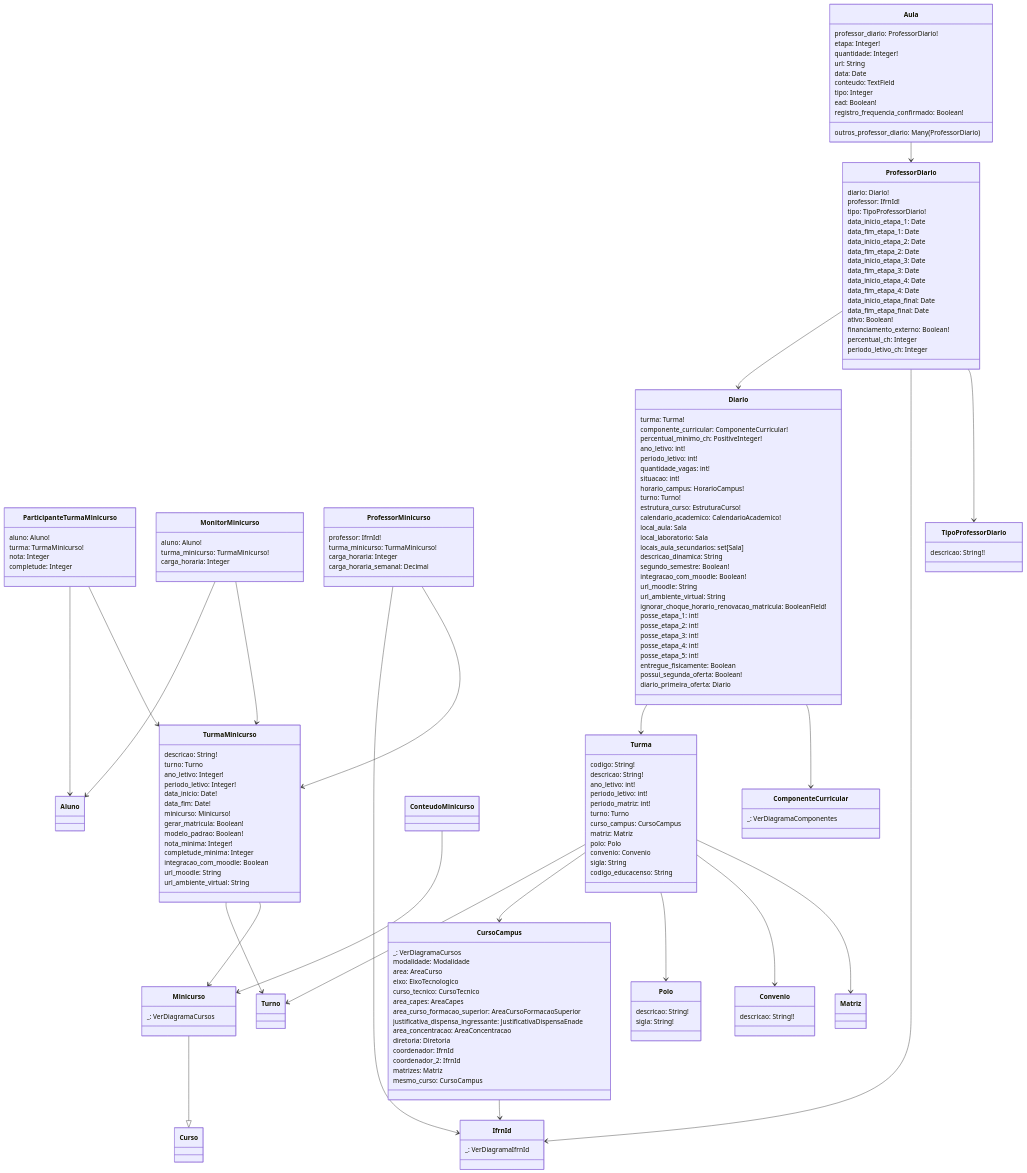
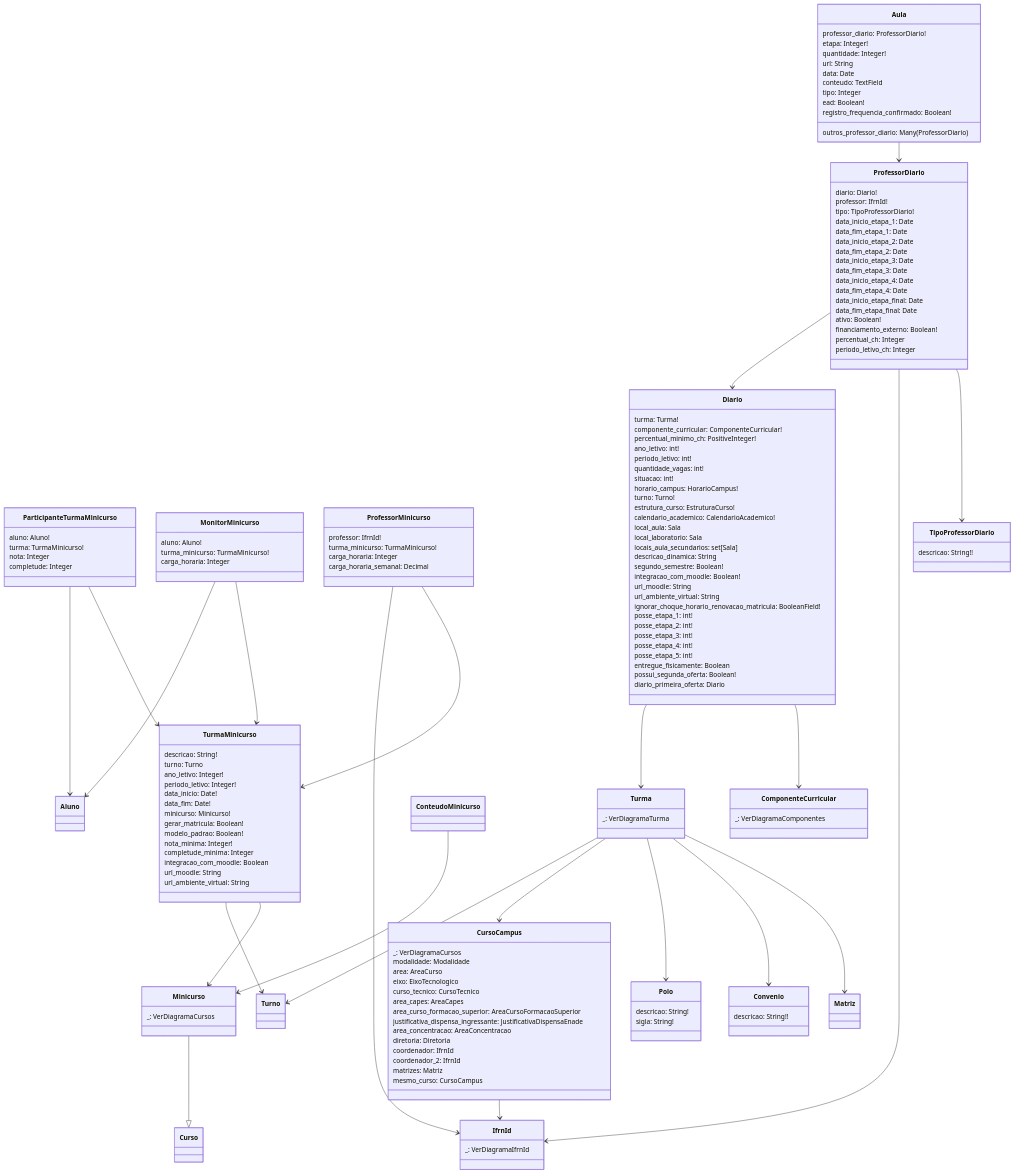
One commit to cte-zl-ifrn/cte-zl-ifrn.github.io changed the diagram in suap/edu/diarios.md. Above: the diagram before and after it, drawn with Mermaid.

Commit message:
ajustes no diagrama de diários

```diff
--- a/suap/edu/diarios.md
+++ b/suap/edu/diarios.md
@@ -30,18 +30,7 @@
         _: VerDiagramaIfrnId
     }
     class Turma{
-        codigo: String!
-        descricao: String!
-        ano_letivo: int!
-        periodo_letivo: int!
-        periodo_matriz: int!
-        turno: Turno
-        curso_campus: CursoCampus
-        matriz: Matriz
-        polo: Polo
-        convenio: Convenio
-        sigla: String
-        codigo_educacenso: String
+        _: VerDiagramaTurma
     }
     class TurmaMinicurso{
         descricao: String!
```
